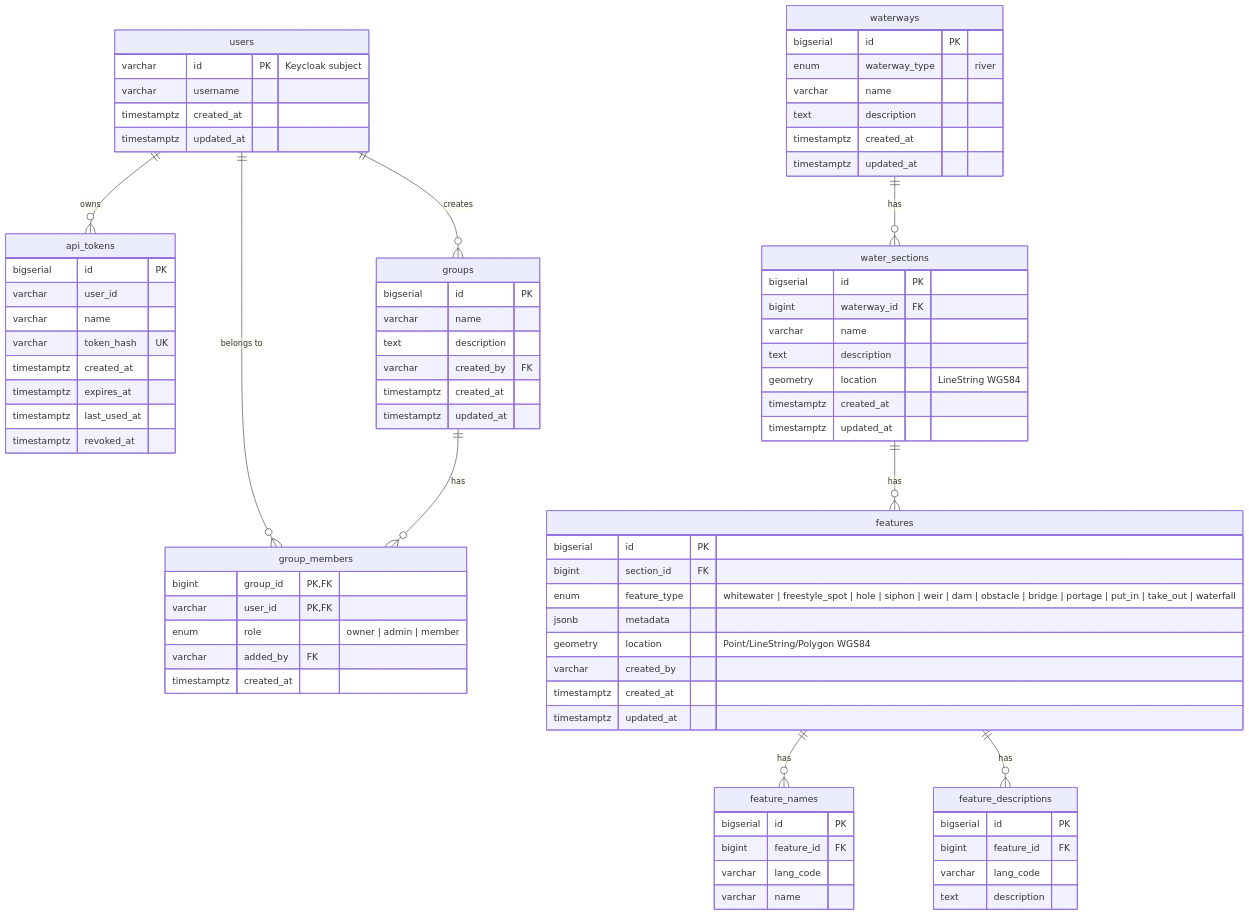
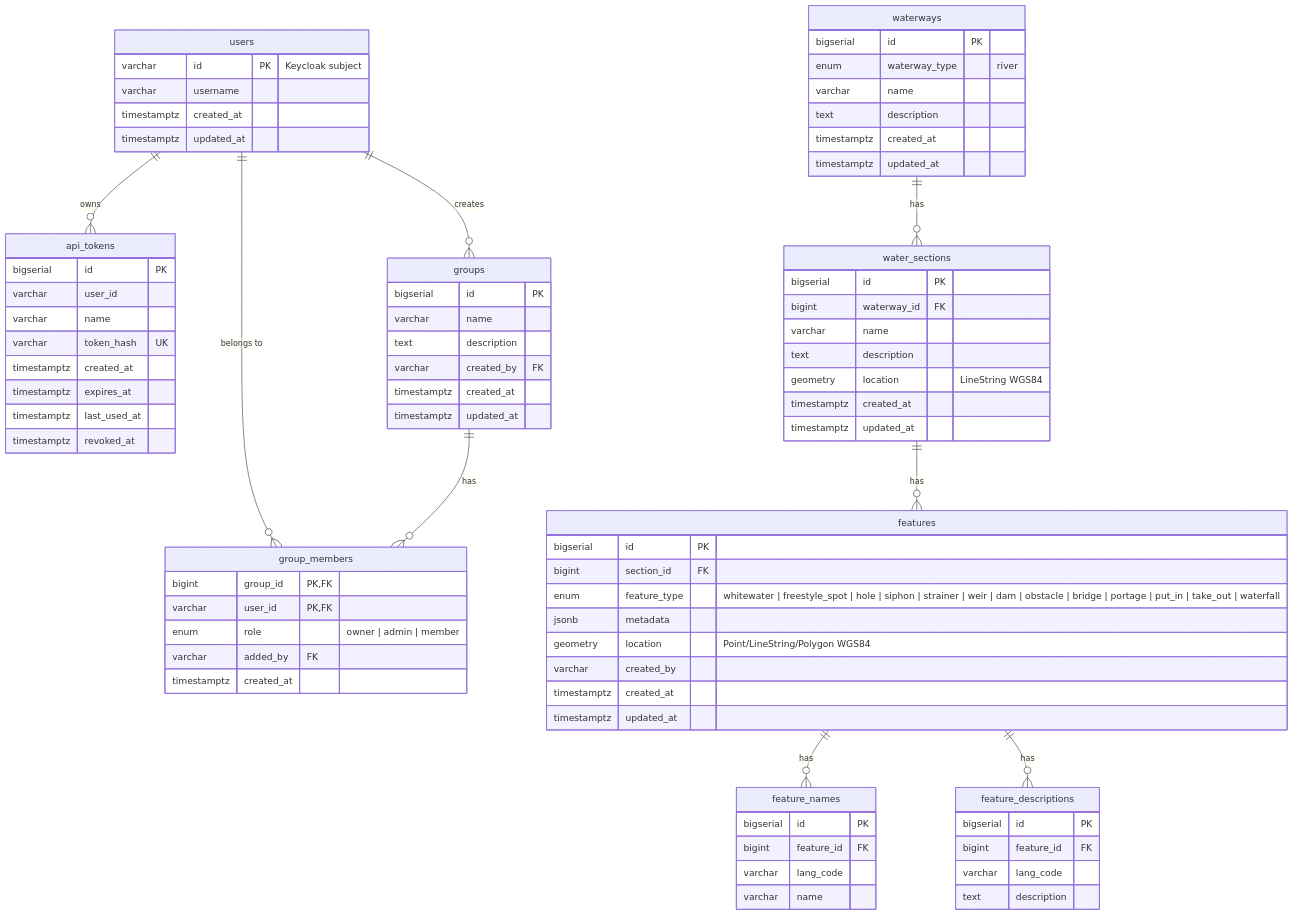
One commit to vgerber/paddlemate changed the diagram in api/README.md. Above: the diagram before and after it, drawn with Mermaid. The commit also changed other lines of this file and 71 other files, not shown here.

```diff
--- a/api/README.md
+++ b/api/README.md
@@ -63,7 +63,7 @@
     features {
         bigserial id PK
         bigint section_id FK
-        enum feature_type "whitewater | freestyle_spot | hole | siphon | weir | dam | obstacle | bridge | portage | put_in | take_out | waterfall"
+        enum feature_type "whitewater | freestyle_spot | hole | siphon | strainer | weir | dam | obstacle | bridge | portage | put_in | take_out | waterfall"
         jsonb metadata
         geometry location "Point/LineString/Polygon WGS84"
         varchar created_by
```
